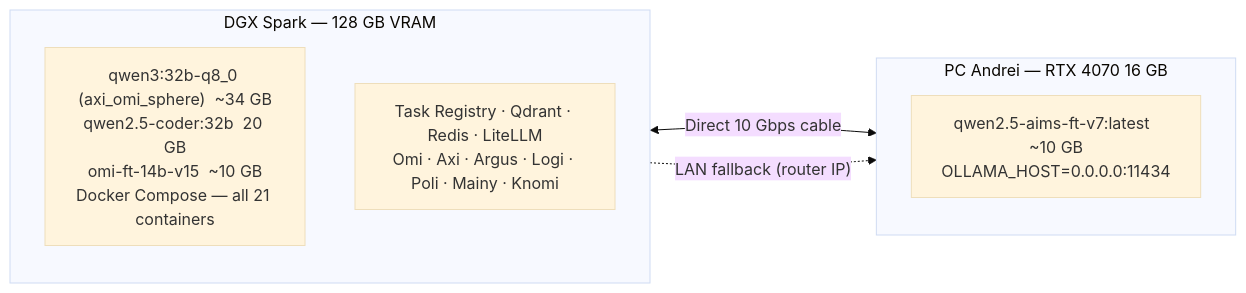
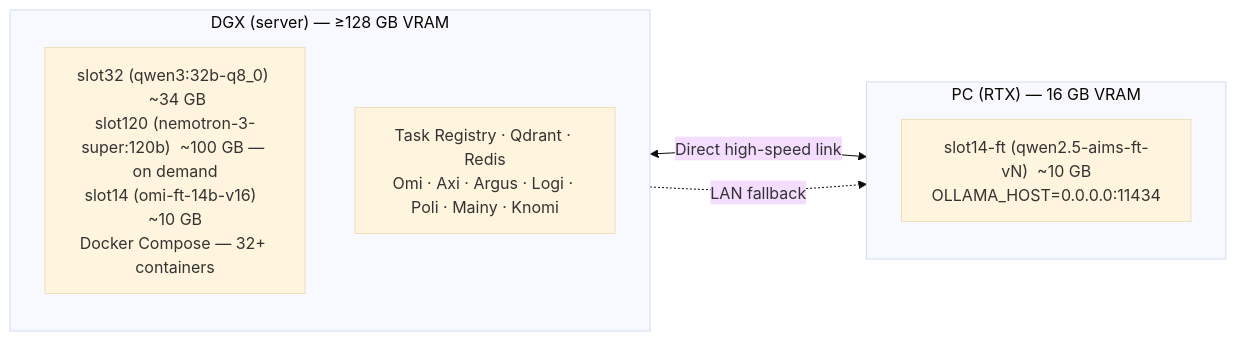
One commit to AxiOMSphereAssistanceAIMS/AxiOMSphere changed diagram 12 of 12 in README.md. Above: the diagram before and after it, drawn with Mermaid (base theme). The commit also changed other lines of this file, not shown here.

````diff
--- a/README.md
+++ b/README.md
@@ -637,12 +680,12 @@
 ```mermaid
 graph LR
-    subgraph DGX["DGX Spark — 128 GB VRAM"]
-        DGX_MODELS["qwen3:32b-q8_0 (axi_omi_sphere)  ~34 GB\nqwen2.5-coder:32b  20 GB\nomi-ft-14b-v15  ~10 GB\nDocker Compose — all 21 containers"]
-        DGX_DOCKER["Task Registry · Qdrant · Redis · LiteLLM\nOmi · Axi · Argus · Logi · Poli · Mainy · Knomi"]
+    subgraph PRIMARY["DGX (server) — ≥128 GB VRAM"]
+        P_MODELS["slot32 (qwen3:32b-q8_0)  ~34 GB\nslot120 (nemotron-3-super:120b)  ~100 GB — on demand\nslot14 (omi-ft-14b-v16)  ~10 GB\nDocker Compose — 32+ containers"]
+        P_DOCKER["Task Registry · Qdrant · Redis\nOmi · Axi · Argus · Logi · Poli · Mainy · Knomi"]
     end
-    subgraph PC["PC Andrei — RTX 4070 16 GB"]
-        PC_MODELS["qwen2.5-aims-ft-v7:latest  ~10 GB\nOLLAMA_HOST=0.0.0.0:11434"]
+    subgraph SECONDARY["PC (RTX) — 16 GB VRAM"]
+        S_MODELS["slot14-ft (qwen2.5-aims-ft-vN)  ~10 GB\nOLLAMA_HOST=0.0.0.0:11434"]
     end
-    DGX <-->|"Direct 10 Gbps cable"| PC
-    DGX -.->|"LAN fallback (router IP)"| PC
+    PRIMARY <-->|"Direct high-speed link"| SECONDARY
+    PRIMARY -.->|"LAN fallback"| SECONDARY
 ```
````
